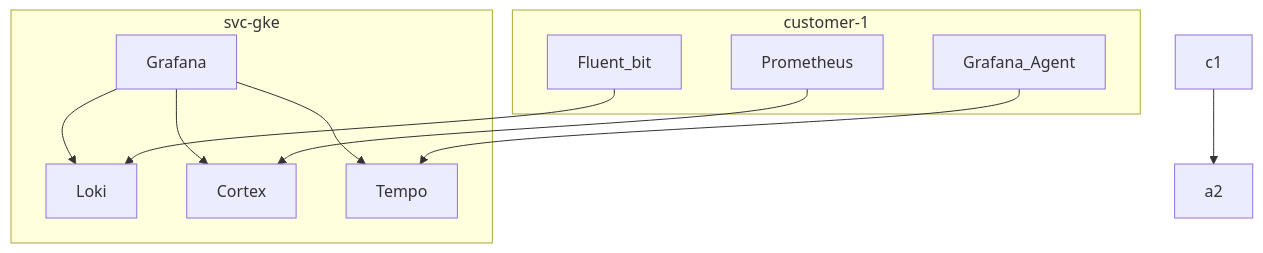
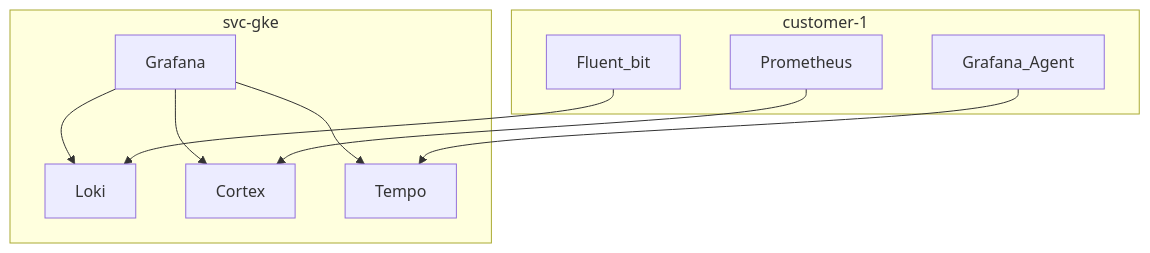
Before and after one commit to edwardwu/gitrepo: the first of 2 diagrams in diagrams/examples/monitor.md, drawn with Mermaid.

Commit message:
add monitor.md - fix

````diff
--- a/diagrams/examples/monitor.md
+++ b/diagrams/examples/monitor.md
@@ -1,14 +1,13 @@
 ```mermaid
 flowchart TB
-    c1-->a2
     subgraph svc-gke
     Grafana-->Loki
     Grafana-->Cortex
     Grafana-->Tempo
     end
     subgraph customer-1
     Prometheus-->Cortex
     Fluent_bit-->Loki
     Grafana_Agent-->Tempo
     end
 ```
````
